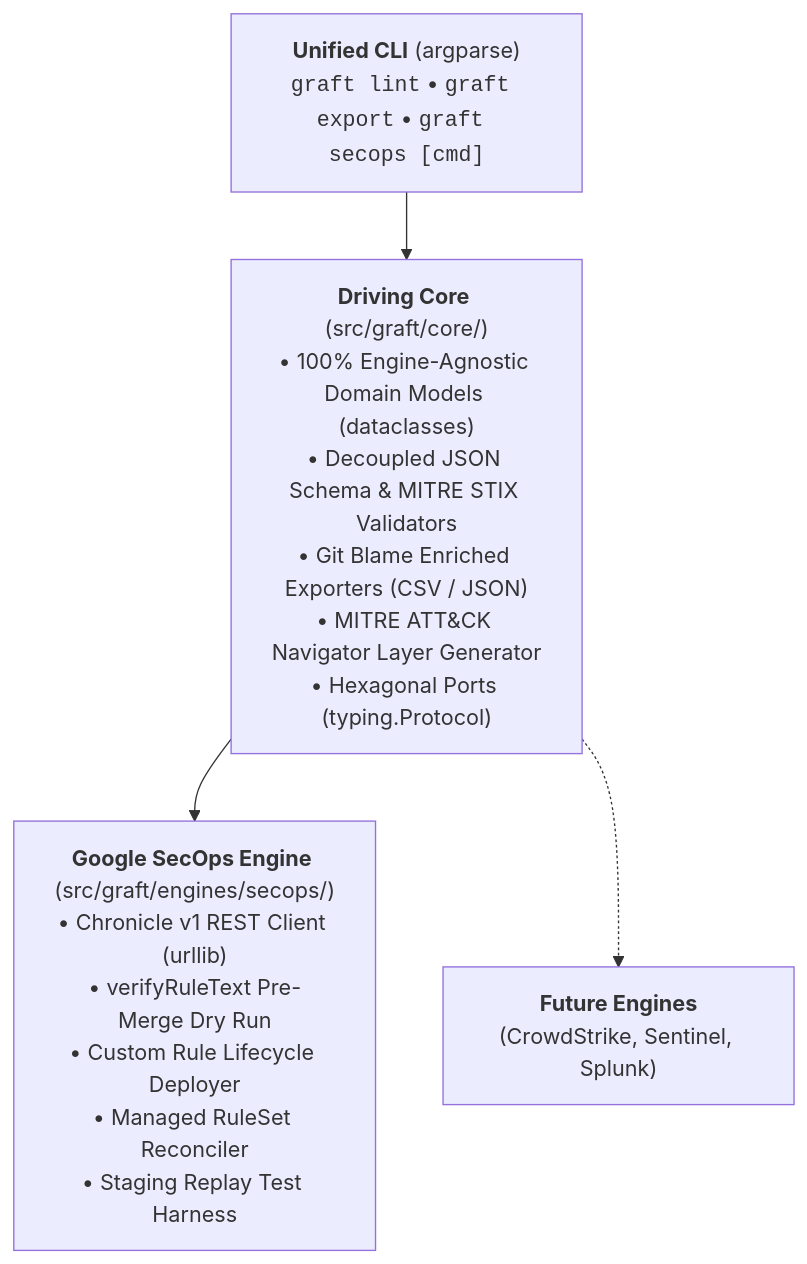
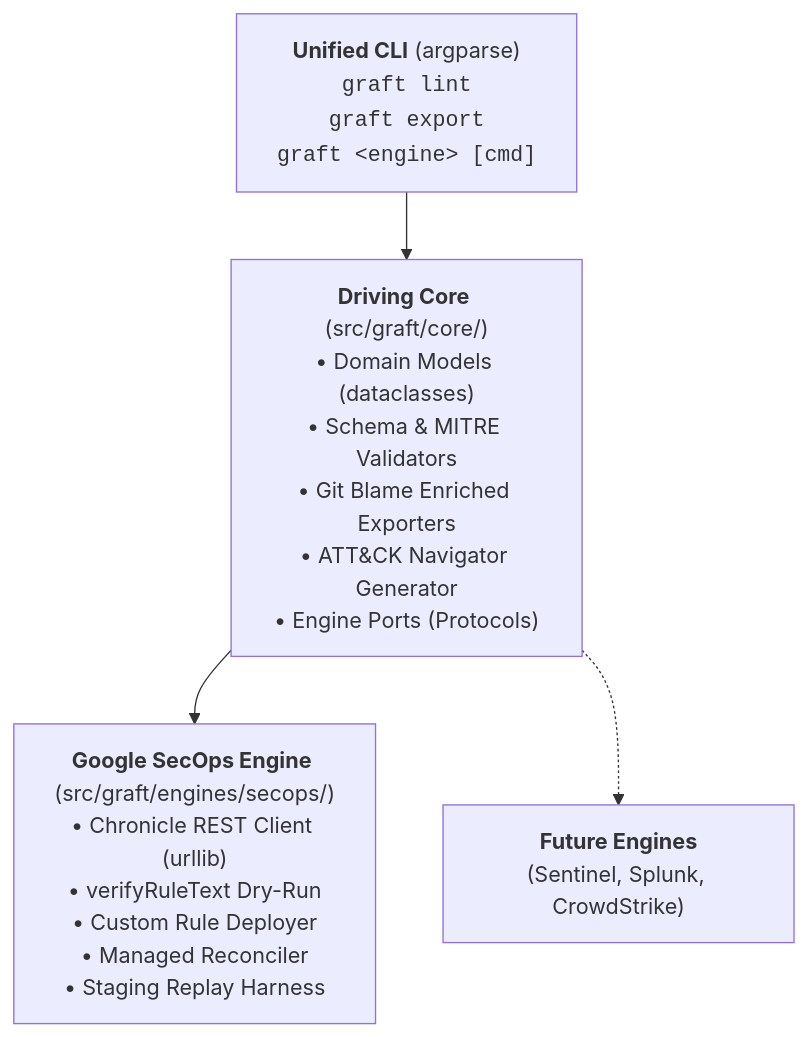
The diagram in README.md (lopes/graft), drawn with Mermaid before and after one commit.

Commit message:
docs: format architecture mermaid node labels with vertical breaks in readme

````diff
--- a/README.md
+++ b/README.md
@@ -48,11 +48,11 @@
 ```mermaid
 flowchart TD
-    CLI["<b>Unified CLI</b> (argparse)<br/><code>graft lint</code> • <code>graft export</code> • <code>graft secops [cmd]</code>"]
-    CORE["<b>Driving Core</b> (src/graft/core/)<br/>• 100% Engine-Agnostic Domain Models (dataclasses)<br/>• Decoupled JSON Schema & MITRE STIX Validators<br/>• Git Blame Enriched Exporters (CSV / JSON)<br/>• MITRE ATT&CK Navigator Layer Generator<br/>• Hexagonal Ports (typing.Protocol)"]
-    SECOPS["<b>Google SecOps Engine</b> (src/graft/engines/secops/)<br/>• Chronicle v1 REST Client (urllib)<br/>• verifyRuleText Pre-Merge Dry Run<br/>• Custom Rule Lifecycle Deployer<br/>• Managed RuleSet Reconciler<br/>• Staging Replay Test Harness"]
-    FUTURE["<b>Future Engines</b><br/>(CrowdStrike, Sentinel, Splunk)"]
+    CLI["<b>Unified CLI</b> (argparse)<br/><code>graft lint</code><br/><code>graft export</code><br/><code>graft &lt;engine&gt; [cmd]</code>"]
+    CORE["<b>Driving Core</b> (src/graft/core/)<br/>• Domain Models (dataclasses)<br/>• Schema & MITRE Validators<br/>• Git Blame Enriched Exporters<br/>• ATT&CK Navigator Generator<br/>• Engine Ports (Protocols)"]
+    SECOPS["<b>Google SecOps Engine</b> (src/graft/engines/secops/)<br/>• Chronicle REST Client (urllib)<br/>• verifyRuleText Dry-Run<br/>• Custom Rule Deployer<br/>• Managed Reconciler<br/>• Staging Replay Harness"]
+    FUTURE["<b>Future Engines</b><br/>(Sentinel, Splunk, CrowdStrike)"]
 
     CLI --> CORE
     CORE --> SECOPS
     CORE -.-> FUTURE
 ```
````
